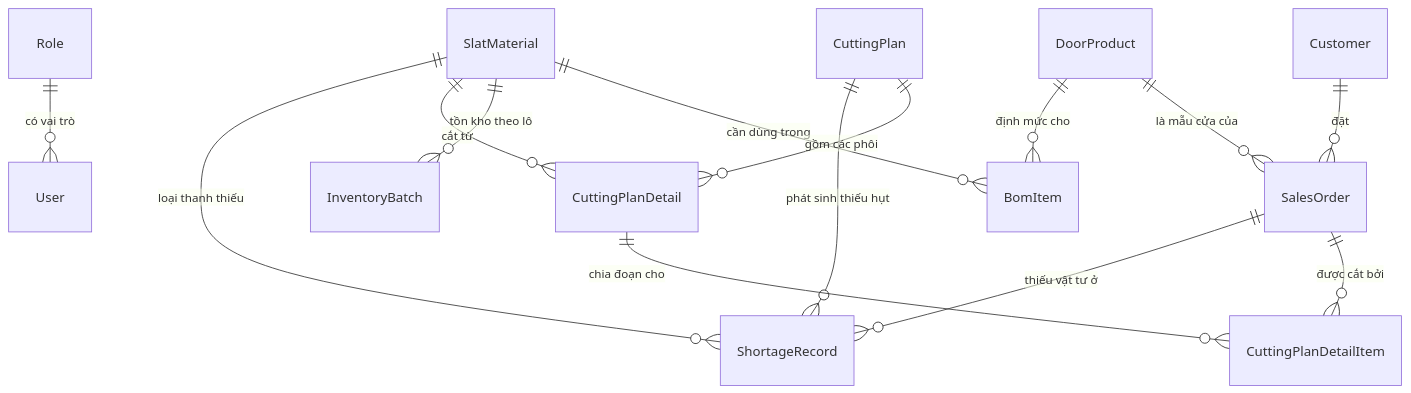
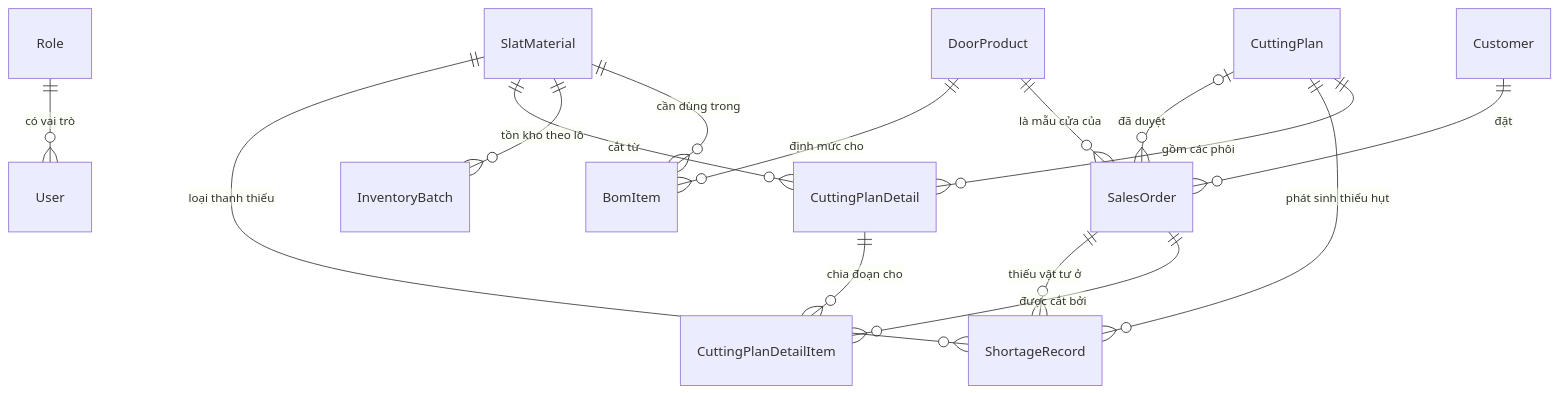
One commit to huydeptraii123/GraduationThesis changed the first of 2 diagrams in docs/domain-model.md. Above: the diagram before and after it, drawn with Mermaid. The commit also changed other lines of this file and 3 other files, not shown here.

````diff
--- a/docs/domain-model.md
+++ b/docs/domain-model.md
@@ -26,16 +26,17 @@
 ```mermaid
 erDiagram
     Role ||--o{ User : "có vai trò"
     Customer ||--o{ SalesOrder : "đặt"
     DoorProduct ||--o{ SalesOrder : "là mẫu cửa của"
     DoorProduct ||--o{ BomItem : "định mức cho"
     SlatMaterial ||--o{ BomItem : "cần dùng trong"
     SlatMaterial ||--o{ InventoryBatch : "tồn kho theo lô"
     SlatMaterial ||--o{ CuttingPlanDetail : "cắt từ"
     CuttingPlan ||--o{ CuttingPlanDetail : "gồm các phôi"
     CuttingPlan ||--o{ ShortageRecord : "phát sinh thiếu hụt"
     CuttingPlanDetail ||--o{ CuttingPlanDetailItem : "chia đoạn cho"
     SalesOrder ||--o{ CuttingPlanDetailItem : "được cắt bởi"
     SalesOrder ||--o{ ShortageRecord : "thiếu vật tư ở"
     SlatMaterial ||--o{ ShortageRecord : "loại thanh thiếu"
+    CuttingPlan |o--o{ SalesOrder : "đã duyệt"
 ```
````
